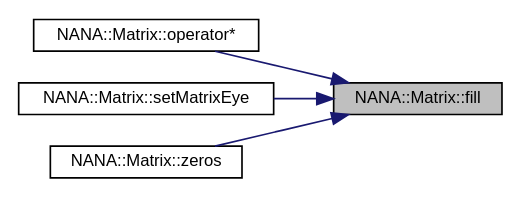
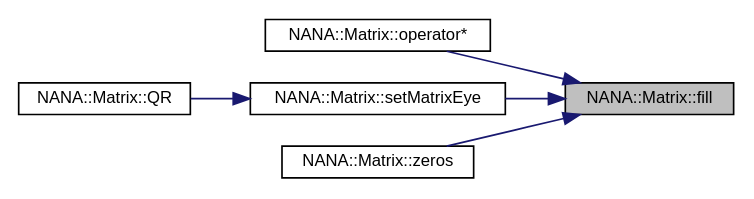
The diagram in docs/class_n_a_n_a_1_1_matrix_aeac2a4af02d821da6f1890f4073eac51_icgraph.dot (YuruTu/NANA), drawn with Graphviz before and after one commit. The commit also changed 47 other files, not shown here.

```diff
--- a/docs/class_n_a_n_a_1_1_matrix_aeac2a4af02d821da6f1890f4073eac51_icgraph.dot
+++ b/docs/class_n_a_n_a_1_1_matrix_aeac2a4af02d821da6f1890f4073eac51_icgraph.dot
@@ -1,14 +1,16 @@
 digraph "NANA::Matrix::fill"
 {
  // LATEX_PDF_SIZE
   edge [fontname="Helvetica",fontsize="10",labelfontname="Helvetica",labelfontsize="10"];
   node [fontname="Helvetica",fontsize="10",shape=record];
   rankdir="RL";
   Node1 [label="NANA::Matrix::fill",height=0.2,width=0.4,color="black", fillcolor="grey75", style="filled", fontcolor="black",tooltip="用value填充Matrix的全部内容"];
   Node1 -> Node2 [dir="back",color="midnightblue",fontsize="10",style="solid",fontname="Helvetica"];
   Node2 [label="NANA::Matrix::operator*",height=0.2,width=0.4,color="black", fillcolor="white", style="filled",URL="$class_n_a_n_a_1_1_matrix.html#a8ba17bb066c665c1b4604b23255ac034",tooltip="实现矩阵的乘法"];
   Node1 -> Node3 [dir="back",color="midnightblue",fontsize="10",style="solid",fontname="Helvetica"];
   Node3 [label="NANA::Matrix::setMatrixEye",height=0.2,width=0.4,color="black", fillcolor="white", style="filled",URL="$class_n_a_n_a_1_1_matrix.html#a0a5423a5d4ad70b3225216b7a6542ee4",tooltip="将当前矩阵设置为单位矩阵"];
-  Node1 -> Node4 [dir="back",color="midnightblue",fontsize="10",style="solid",fontname="Helvetica"];
-  Node4 [label="NANA::Matrix::zeros",height=0.2,width=0.4,color="black", fillcolor="white", style="filled",URL="$class_n_a_n_a_1_1_matrix.html#aca43ab15a7bcbb1b79bba0e384064194",tooltip="生成全0矩阵"];
+  Node3 -> Node4 [dir="back",color="midnightblue",fontsize="10",style="solid",fontname="Helvetica"];
+  Node4 [label="NANA::Matrix::QR",height=0.2,width=0.4,color="black", fillcolor="white", style="filled",URL="$class_n_a_n_a_1_1_matrix.html#a521948ec0114d2e2204782b2bfd11bb0",tooltip="基于豪斯荷尔德变换实现矩阵的QR分解"];
+  Node1 -> Node5 [dir="back",color="midnightblue",fontsize="10",style="solid",fontname="Helvetica"];
+  Node5 [label="NANA::Matrix::zeros",height=0.2,width=0.4,color="black", fillcolor="white", style="filled",URL="$class_n_a_n_a_1_1_matrix.html#aca43ab15a7bcbb1b79bba0e384064194",tooltip="生成全0矩阵"];
 }
```
